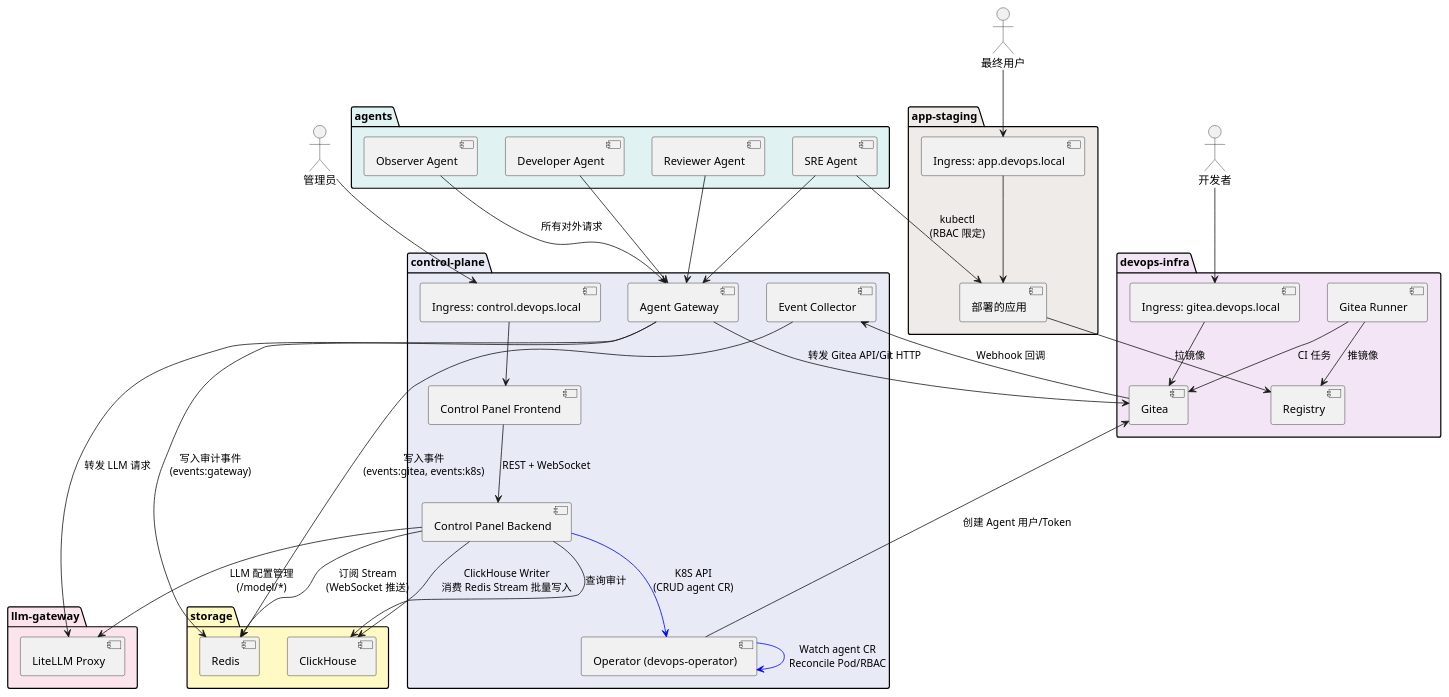
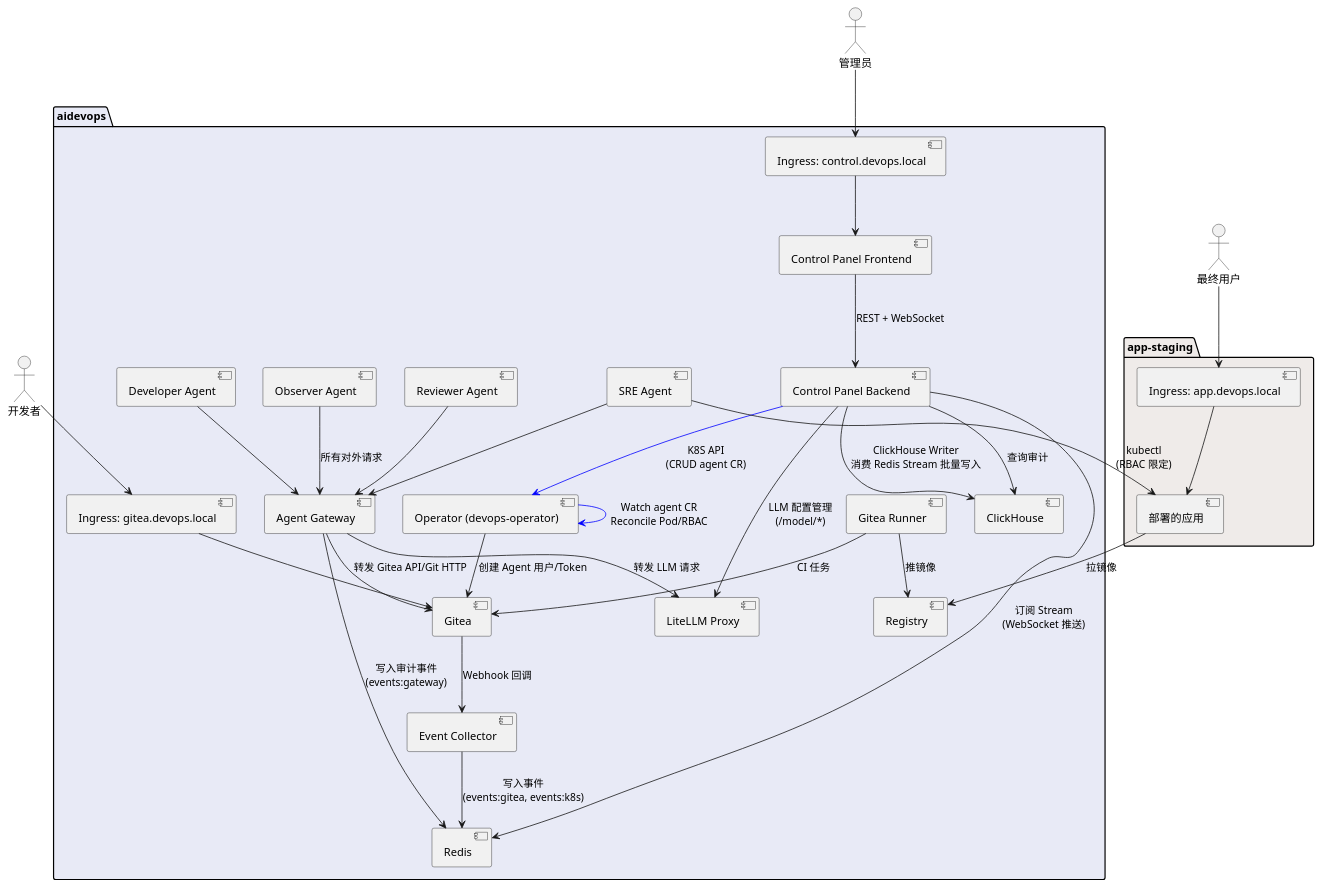
The first of 2 diagrams in .claude/designs/system-design-overview.md (OperationsPAI/EntropyGen), drawn with PlantUML before and after one commit. The commit also changed other lines of this file, not shown here.

Commit message:
docs: update system-design-overview to single aidevops namespace
- Merge 5 PlantUML namespace packages into single aidevops package
- Update K8S resource distribution table
- Fix rate limiting description and service addresses

```diff
--- a/.claude/designs/system-design-overview.md
+++ b/.claude/designs/system-design-overview.md
@@ -30,37 +30,21 @@
 actor "开发者" as dev
 actor "最终用户" as enduser
 
-' === control-plane namespace ===
-package "control-plane" #E8EAF6 {
+' === aidevops namespace (all components) ===
+package "aidevops" #E8EAF6 {
   [Ingress: control.devops.local] as ing_ctrl
   [Control Panel Frontend] as frontend
   [Control Panel Backend] as backend
   [Agent Gateway] as gateway
   [Event Collector] as collector
   [Operator (devops-operator)] as operator
-}
-
-' === storage namespace ===
-package "storage" #FFF9C4 {
   [Redis] as redis
   [ClickHouse] as clickhouse
-}
-
-' === devops-infra namespace ===
-package "devops-infra" #F3E5F5 {
   [Ingress: gitea.devops.local] as ing_gitea
   [Gitea] as gitea
   [Gitea Runner] as runner
   [Registry] as registry
-}
-
-' === llm-gateway namespace ===
-package "llm-gateway" #FCE4EC {
   [LiteLLM Proxy] as litellm
-}
-
-' === agents namespace ===
-package "agents" #E0F2F1 {
   [Observer Agent] as obs
   [Developer Agent] as devagent
   [Reviewer Agent] as revagent
```
